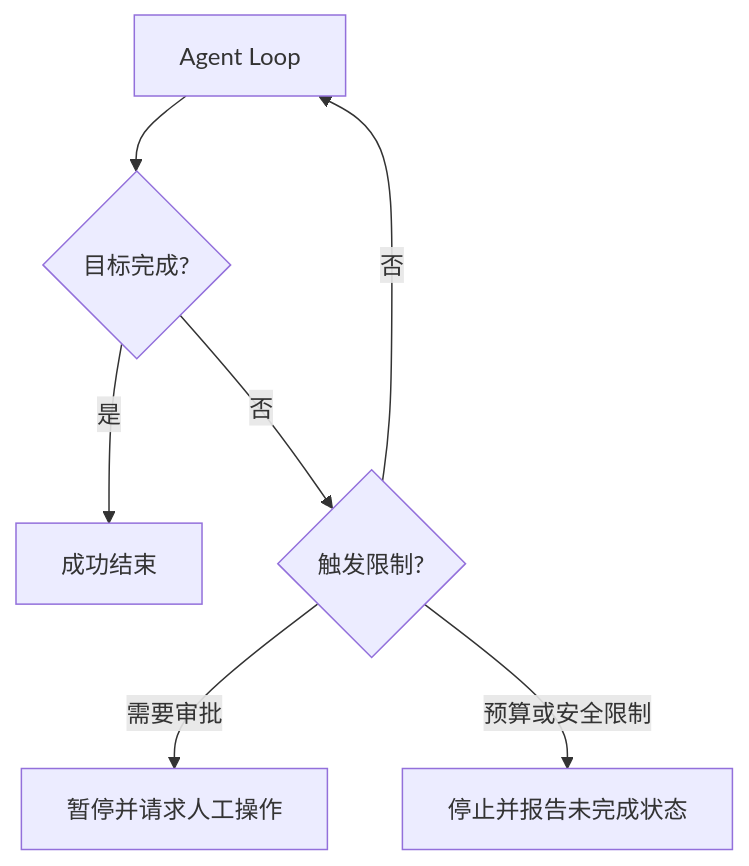
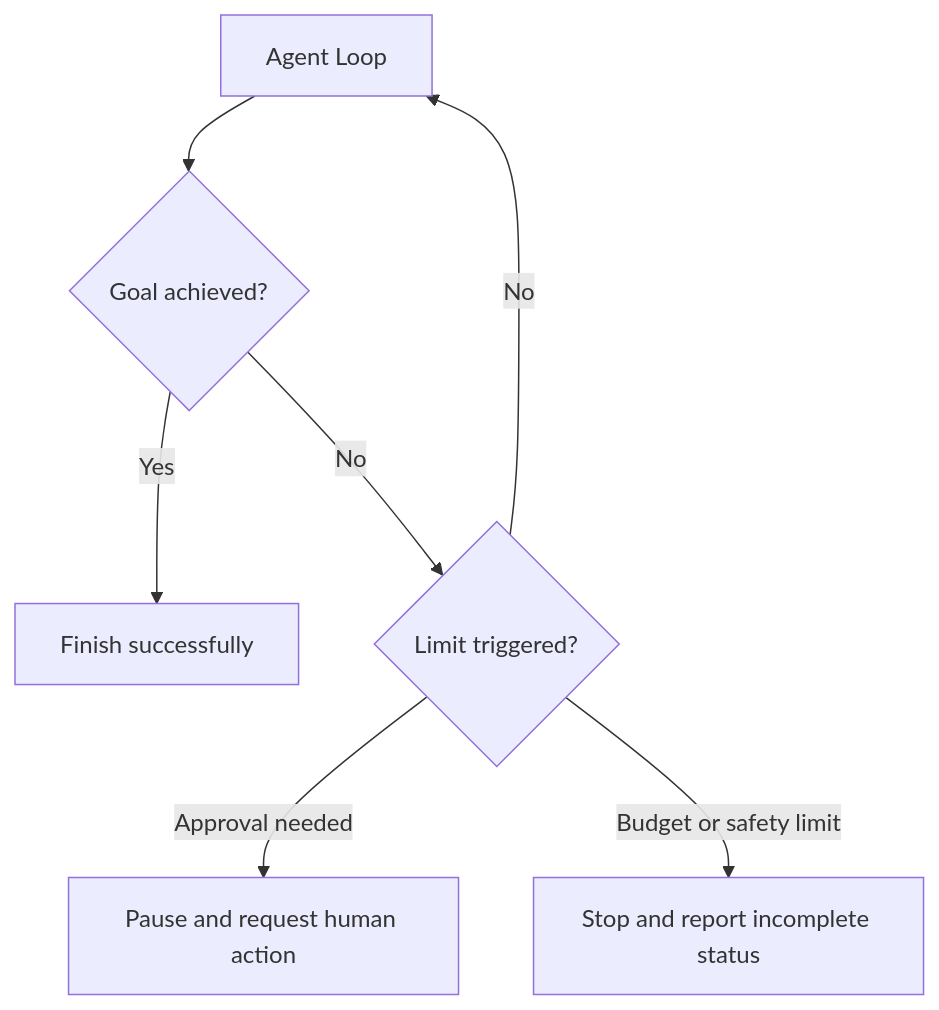
Before and after one commit to oneleaveknowsthefall/awesome-ai-roadmap: the seventh of 15 diagrams in docs/agent/01-foundations/03-agentic-building-blocks.md, drawn with Mermaid. The commit also changed other lines of this file and 68 other files, not shown here.

````diff
--- a/docs/agent/01-foundations/03-agentic-building-blocks.md
+++ b/docs/agent/01-foundations/03-agentic-building-blocks.md
@@ -434,9 +438,9 @@
 ```mermaid
 flowchart TB
-    LOOP[Agent Loop] --> DONE{目标完成?}
-    DONE -->|是| SUCCESS[成功结束]
-    DONE -->|否| LIMIT{触发限制?}
-    LIMIT -->|否| LOOP
-    LIMIT -->|需要审批| HUMAN[暂停并请求人工操作]
-    LIMIT -->|预算或安全限制| PARTIAL[停止并报告未完成状态]
+    LOOP[Agent Loop] --> DONE{Goal achieved?}
+    DONE -->|Yes| SUCCESS[Finish successfully]
+    DONE -->|No| LIMIT{Limit triggered?}
+    LIMIT -->|No| LOOP
+    LIMIT -->|Approval needed| HUMAN[Pause and request human action]
+    LIMIT -->|Budget or safety limit| PARTIAL[Stop and report incomplete status]
 ```
````
